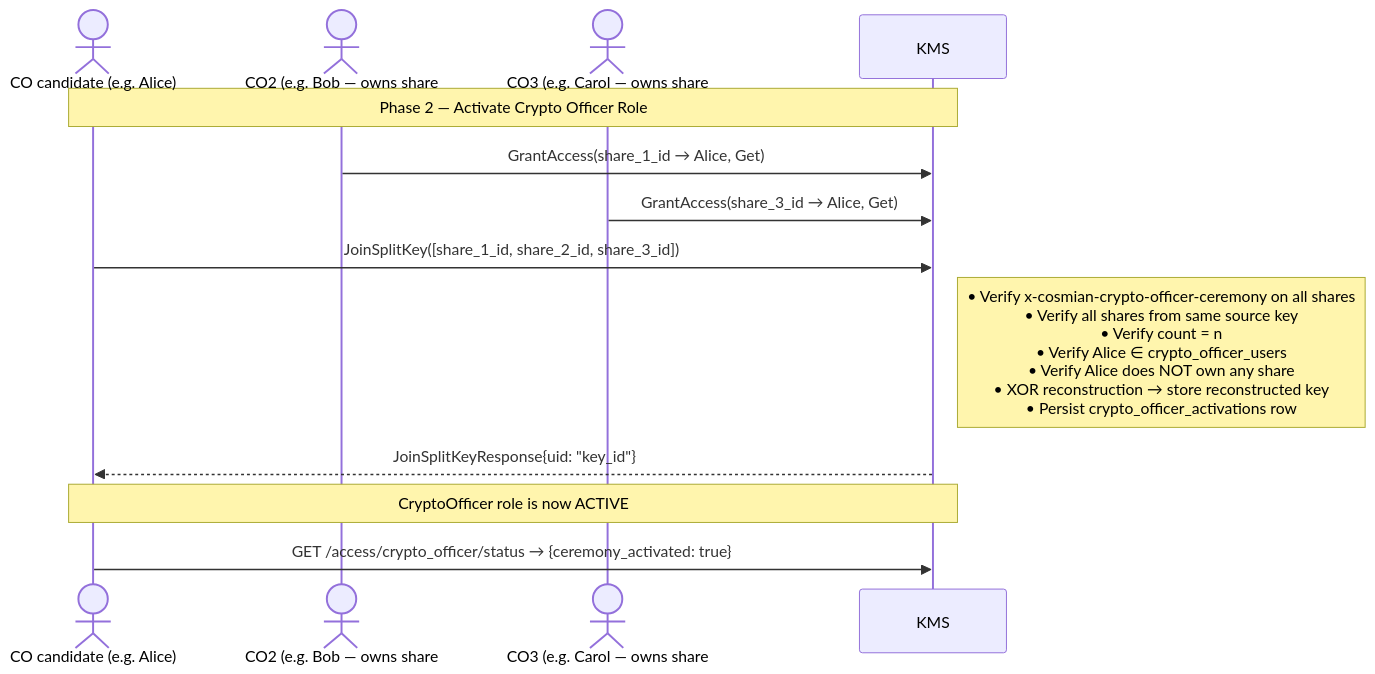
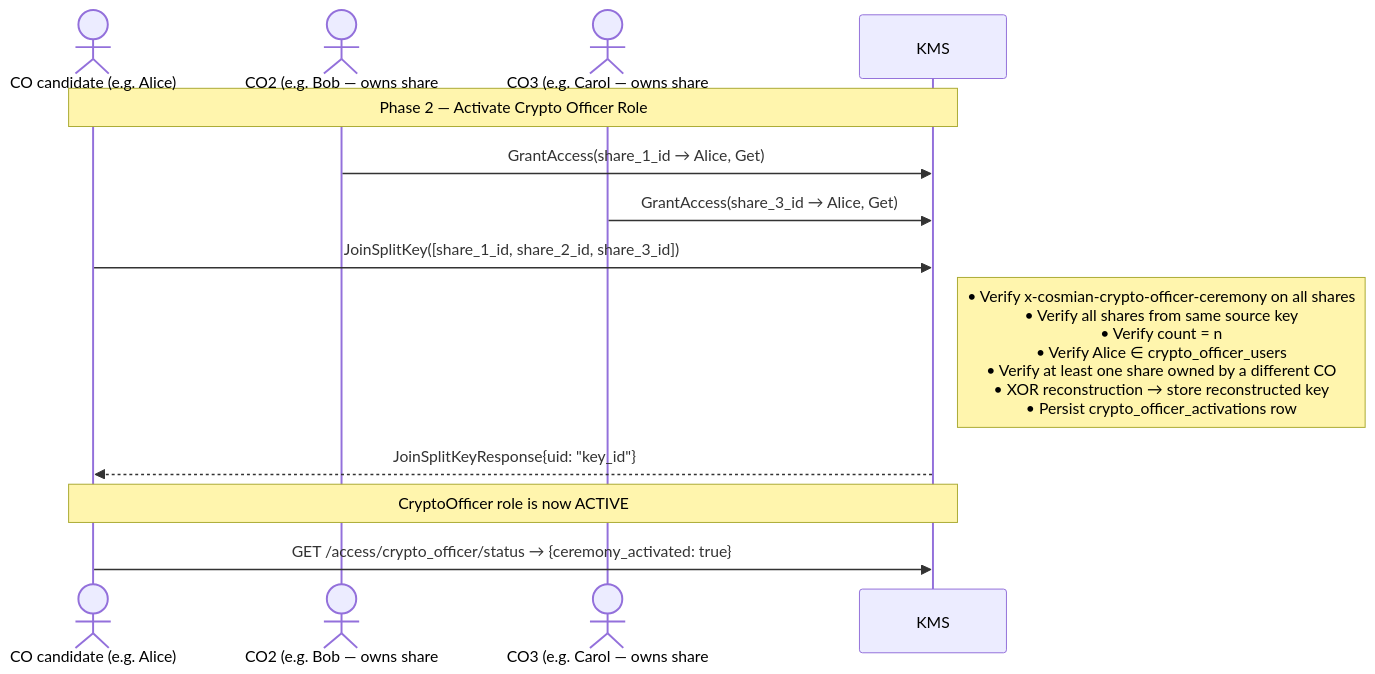
The third of 6 diagrams in documentation/docs/configuration/authorization/key_ceremony.md (Cosmian/kms), drawn with Mermaid before and after one commit. The commit also changed 1 other file, not shown here.

Commit message:
docs(ceremony): correct dual-control wording — assembler can own shares, requires at least one from another CO

````diff
--- a/documentation/docs/configuration/authorization/key_ceremony.md
+++ b/documentation/docs/configuration/authorization/key_ceremony.md
@@ -204,19 +204,19 @@
 ```mermaid
 sequenceDiagram
     actor CO as CO candidate (e.g. Alice)
     actor CO2 as CO2 (e.g. Bob — owns share#1)
     actor CO3 as CO3 (e.g. Carol — owns share#3)
     participant KMS
 
     Note over CO,KMS: Phase 2 — Activate Crypto Officer Role
 
     CO2->>KMS: GrantAccess(share_1_id → Alice, Get)
     CO3->>KMS: GrantAccess(share_3_id → Alice, Get)
 
     CO->>KMS: JoinSplitKey([share_1_id, share_2_id, share_3_id])
-    Note right of KMS: • Verify x-cosmian-crypto-officer-ceremony on all shares<br/>• Verify all shares from same source key<br/>• Verify count = n<br/>• Verify Alice ∈ crypto_officer_users<br/>• Verify Alice does NOT own any share<br/>• XOR reconstruction → store reconstructed key<br/>• Persist crypto_officer_activations row
+    Note right of KMS: • Verify x-cosmian-crypto-officer-ceremony on all shares<br/>• Verify all shares from same source key<br/>• Verify count = n<br/>• Verify Alice ∈ crypto_officer_users<br/>• Verify at least one share owned by a different CO<br/>• XOR reconstruction → store reconstructed key<br/>• Persist crypto_officer_activations row
     KMS-->>CO: JoinSplitKeyResponse{uid: "key_id"}
 
     Note over CO,KMS: CryptoOfficer role is now ACTIVE
     CO->>KMS: GET /access/crypto_officer/status → {ceremony_activated: true}
 ```
````
